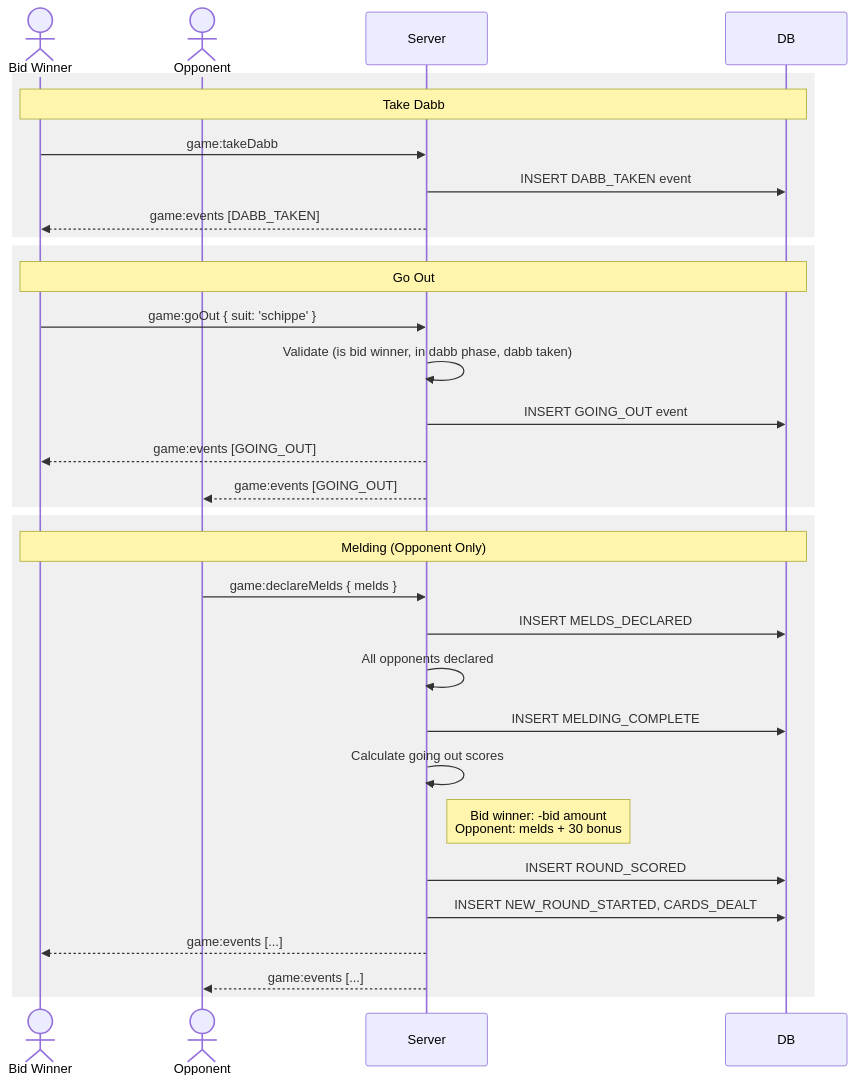
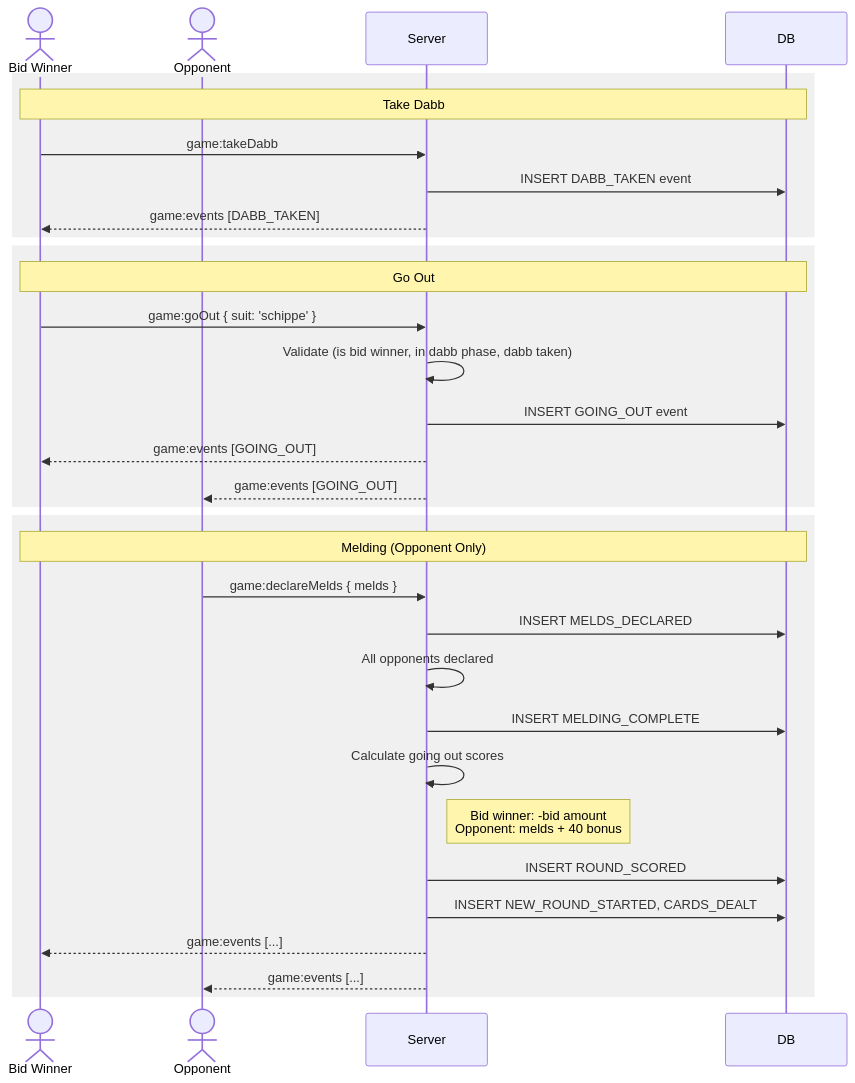
The fourth of 6 diagrams in docs/arc42/06-runtime-view.md (deglerj/dabb), drawn with Mermaid before and after one commit. The commit also changed other lines of this file and 7 other files, not shown here.

````diff
--- a/docs/arc42/06-runtime-view.md
+++ b/docs/arc42/06-runtime-view.md
@@ -88,37 +88,37 @@
 ```mermaid
 sequenceDiagram
     actor winner as Bid Winner
     actor opponent as Opponent
     participant server as Server
     participant db as DB
 
     rect rgb(240, 240, 240)
         Note over winner, db: Take Dabb
         winner->>server: game:takeDabb
         server->>db: INSERT DABB_TAKEN event
         server-->>winner: game:events [DABB_TAKEN]
     end
 
     rect rgb(240, 240, 240)
         Note over winner, db: Go Out
         winner->>server: game:goOut { suit: 'schippe' }
         server->>server: Validate (is bid winner, in dabb phase, dabb taken)
         server->>db: INSERT GOING_OUT event
         server-->>winner: game:events [GOING_OUT]
         server-->>opponent: game:events [GOING_OUT]
     end
 
     rect rgb(240, 240, 240)
         Note over winner, db: Melding (Opponent Only)
         opponent->>server: game:declareMelds { melds }
         server->>db: INSERT MELDS_DECLARED
         server->>server: All opponents declared
         server->>db: INSERT MELDING_COMPLETE
         server->>server: Calculate going out scores
-        Note right of server: Bid winner: -bid amount<br/>Opponent: melds + 30 bonus
+        Note right of server: Bid winner: -bid amount<br/>Opponent: melds + 40 bonus
         server->>db: INSERT ROUND_SCORED
         server->>db: INSERT NEW_ROUND_STARTED, CARDS_DEALT
         server-->>winner: game:events [...]
         server-->>opponent: game:events [...]
     end
 ```
````
